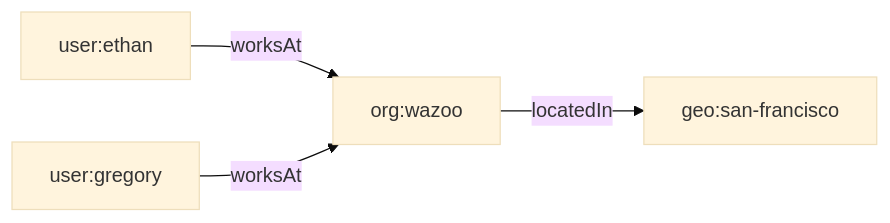
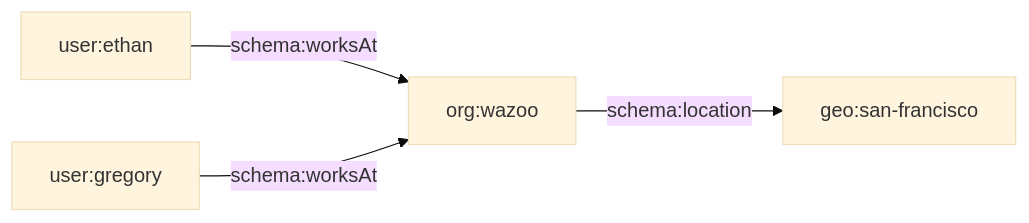
Before and after one commit to wazootech/worlds: the fifth of 5 diagrams in packages/docs/worlds/index.mdx, drawn with Mermaid (base theme). The commit also changed other lines of this file, not shown here.

````diff
--- a/packages/docs/worlds/index.mdx
+++ b/packages/docs/worlds/index.mdx
@@ -140,6 +135,6 @@
 ```mermaid
 graph LR
-    E["user:ethan"] -->|worksAt| W["org:wazoo"]
-    G["user:gregory"] -->|worksAt| W
-    W -->|locatedIn| S["geo:san-francisco"]
+    E[user:ethan] -->|schema:worksAt| W[org:wazoo]
+    G[user:gregory] -->|schema:worksAt| W
+    W -->|schema:location| S[geo:san-francisco]
 ```
````
